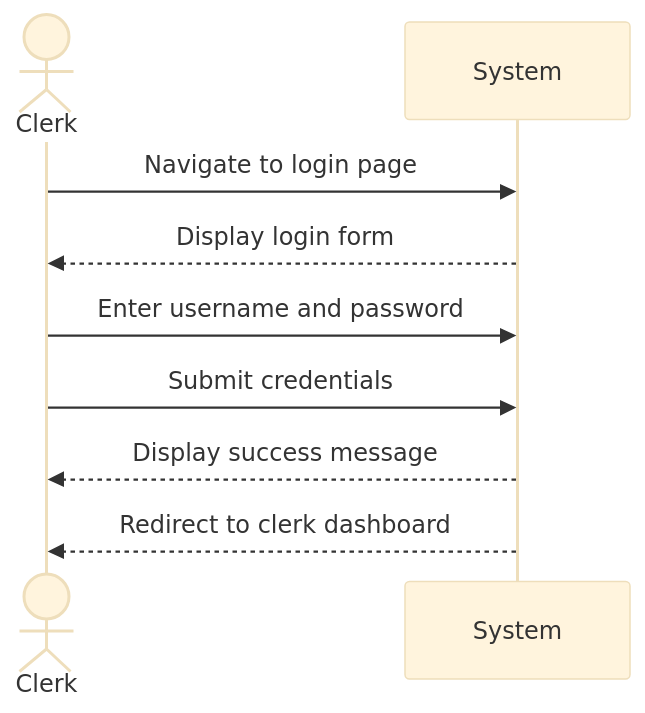
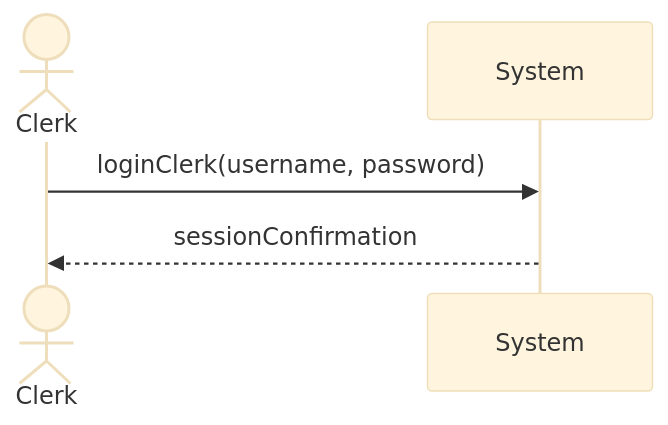
Before and after one commit to JaceYar/Software1-Proj: the diagram in Documentation/User-Cases/BrowseProductCatalog.md, drawn with Mermaid (base theme). The commit also changed 18 other files, not shown here.

````diff
--- a/Documentation/User-Cases/BrowseProductCatalog.md
+++ b/Documentation/User-Cases/BrowseProductCatalog.md
@@ -11,12 +11,8 @@
 ```mermaid
 sequenceDiagram
     actor Clerk
     participant System
 
-    Clerk->>System: Navigate to login page
-    System-->>Clerk: Display login form
-    Clerk->>System: Enter username and password
-    Clerk->>System: Submit credentials
-    System-->>Clerk: Display success message
-    System-->>Clerk: Redirect to clerk dashboard
+    Clerk->>System: loginClerk(username, password)
+    System-->>Clerk: sessionConfirmation
 ```
````
